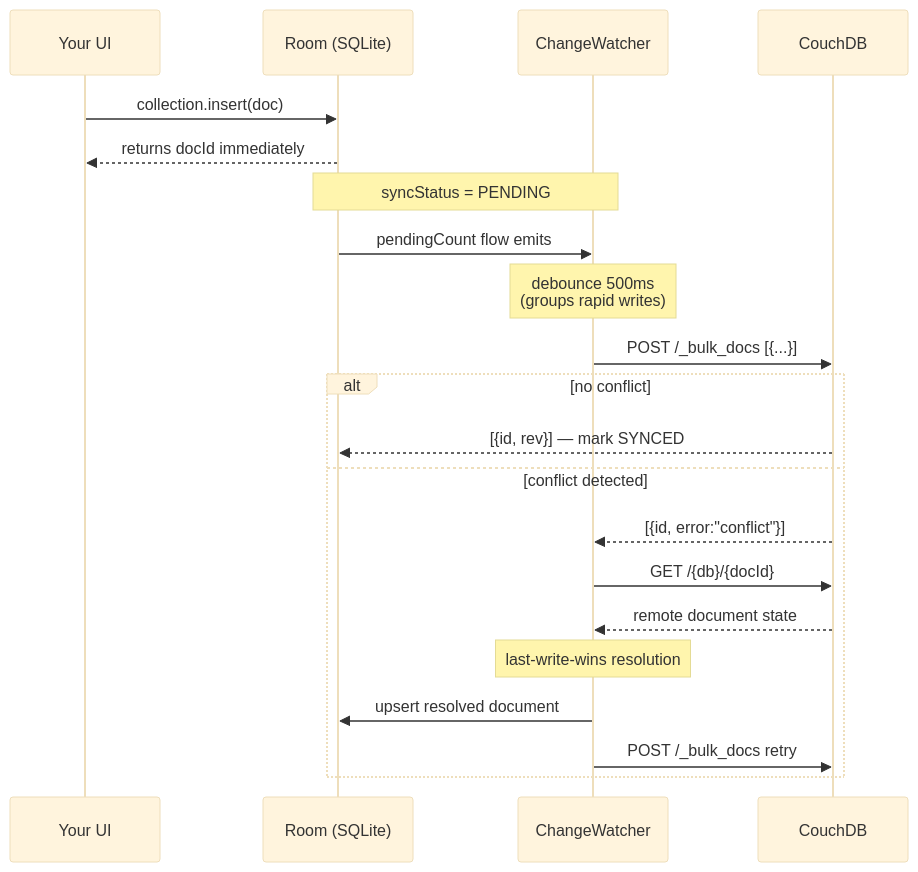
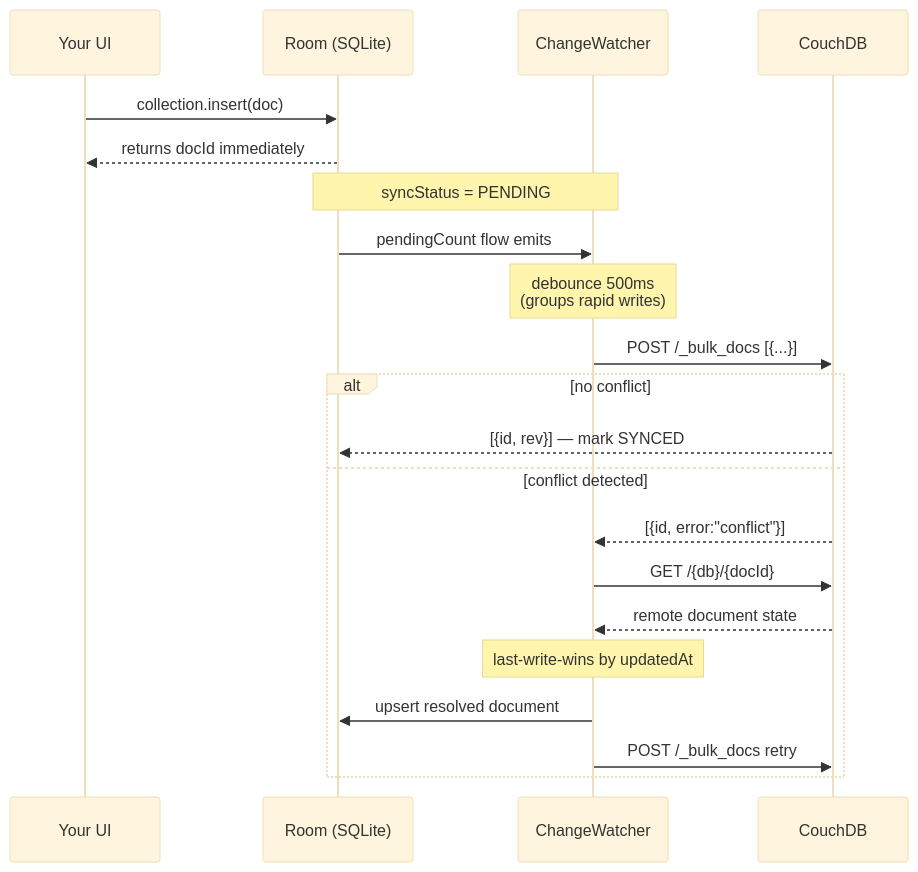
One commit to gjagomez/PouchDroid changed the third of 7 diagrams in README.md. Above: the diagram before and after it, drawn with Mermaid (base theme). The commit also changed other lines of this file, not shown here.

````diff
--- a/README.md
+++ b/README.md
@@ -278,28 +326,28 @@
 ```mermaid
 sequenceDiagram
     participant UI as Your UI
     participant Room as Room (SQLite)
     participant CW as ChangeWatcher
     participant CDB as CouchDB
 
     UI->>Room: collection.insert(doc)
     Room-->>UI: returns docId immediately
 
     Note over Room,CW: syncStatus = PENDING
 
     Room->>CW: pendingCount flow emits
     Note over CW: debounce 500ms<br/>(groups rapid writes)
 
     CW->>CDB: POST /_bulk_docs [{...}]
 
     alt no conflict
         CDB-->>Room: [{id, rev}] — mark SYNCED
     else conflict detected
         CDB-->>CW: [{id, error:"conflict"}]
         CW->>CDB: GET /{db}/{docId}
         CDB-->>CW: remote document state
-        Note over CW: last-write-wins resolution
+        Note over CW: last-write-wins by updatedAt
         CW->>Room: upsert resolved document
         CW->>CDB: POST /_bulk_docs retry
     end
 ```
````
